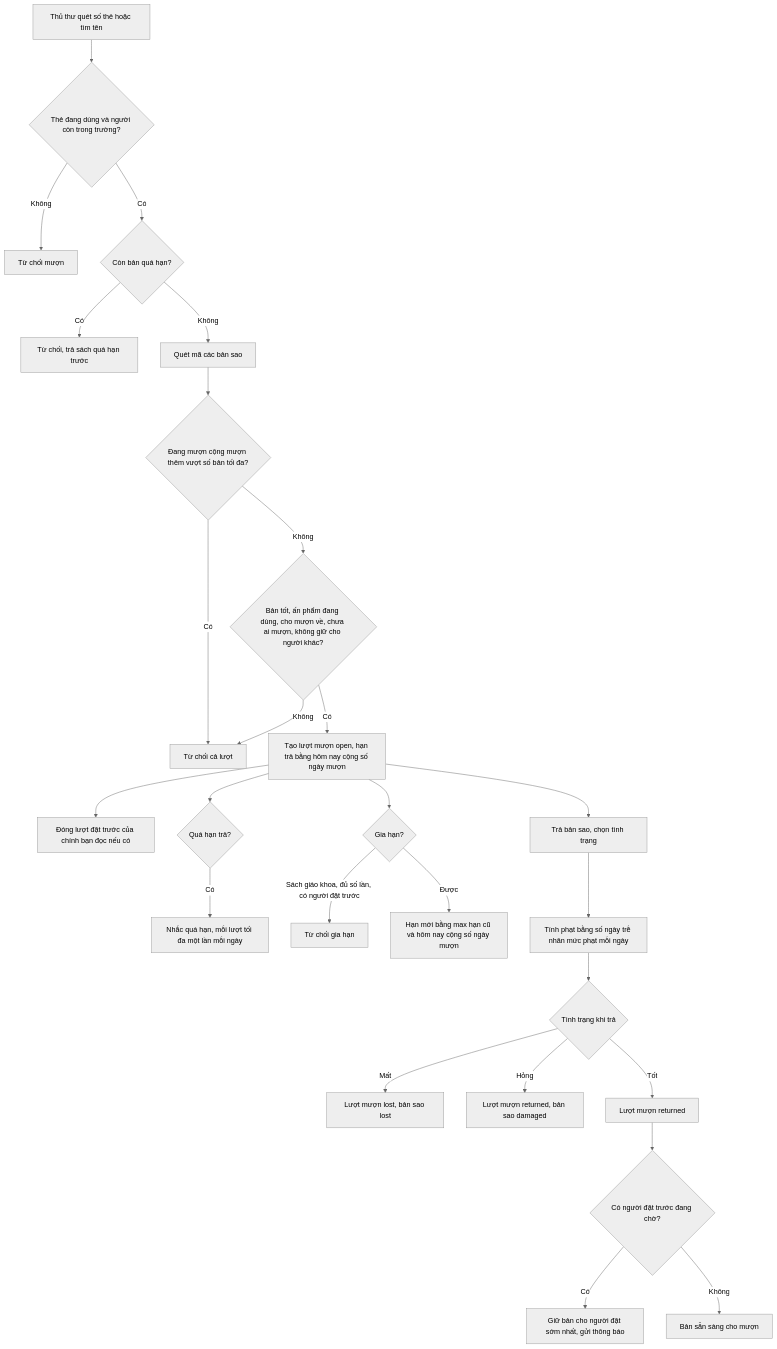
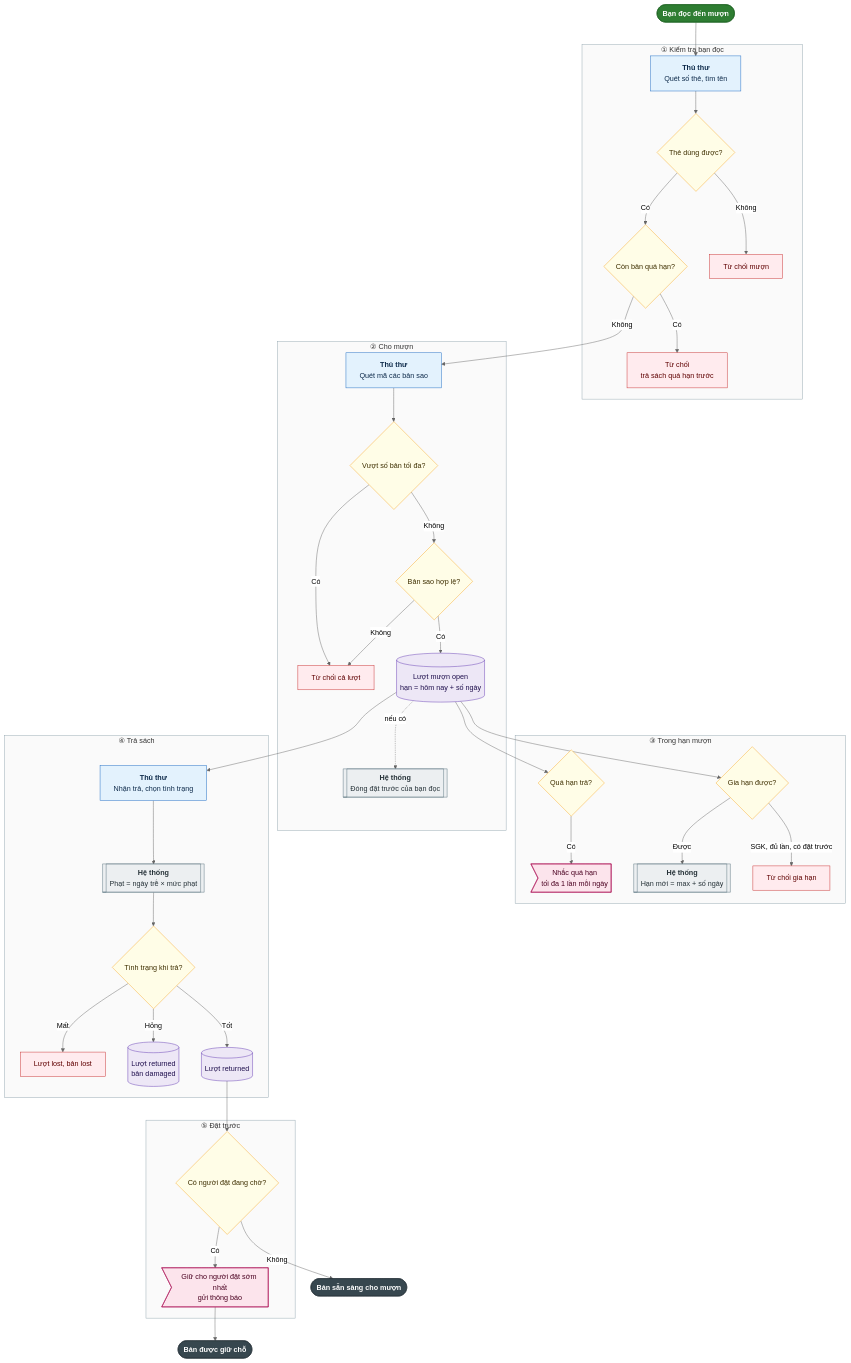
One commit to luckyshopvn/school_management changed the first of 8 diagrams in tai_lieu/34_TONG_HOP_CHUC_NANG_HE_THONG/06_THU_VIEN_HOC_LIEU_VA_UNG_DUNG.md. Above: the diagram before and after it, drawn with Mermaid (neutral theme). The commit also changed other lines of this file and 8 other files, not shown here.

First line of the commit message:
Tài liệu 34: vẽ lại toàn bộ sơ đồ cho trực quan, thêm bản PDF gộp

````diff
--- a/tai_lieu/34_TONG_HOP_CHUC_NANG_HE_THONG/06_THU_VIEN_HOC_LIEU_VA_UNG_DUNG.md
+++ b/tai_lieu/34_TONG_HOP_CHUC_NANG_HE_THONG/06_THU_VIEN_HOC_LIEU_VA_UNG_DUNG.md
@@ -382,28 +384,88 @@
 ```mermaid
 flowchart TD
-    A["Thủ thư quét số thẻ hoặc tìm tên"] --> B{"Thẻ đang dùng và người còn trong trường?"}
-    B -->|"Không"| X1["Từ chối mượn"]
-    B -->|"Có"| C{"Còn bản quá hạn?"}
-    C -->|"Có"| X2["Từ chối, trả sách quá hạn trước"]
-    C -->|"Không"| D["Quét mã các bản sao"]
-    D --> E{"Đang mượn cộng mượn thêm vượt số bản tối đa?"}
-    E -->|"Có"| X3["Từ chối cả lượt"]
-    E -->|"Không"| F{"Bản tốt, ấn phẩm đang dùng, cho mượn về, chưa ai mượn, không giữ cho người khác?"}
-    F -->|"Không"| X3
-    F -->|"Có"| G["Tạo lượt mượn open, hạn trả bằng hôm nay cộng số ngày mượn"]
-    G --> H["Đóng lượt đặt trước của chính bạn đọc nếu có"]
-    G --> I{"Quá hạn trả?"}
-    I -->|"Có"| J["Nhắc quá hạn, mỗi lượt tối đa một lần mỗi ngày"]
-    G --> K{"Gia hạn?"}
-    K -->|"Sách giáo khoa, đủ số lần, có người đặt trước"| X4["Từ chối gia hạn"]
-    K -->|"Được"| L["Hạn mới bằng max hạn cũ và hôm nay cộng số ngày mượn"]
-    G --> M["Trả bản sao, chọn tình trạng"]
-    M --> N["Tính phạt bằng số ngày trễ nhân mức phạt mỗi ngày"]
-    N --> O{"Tình trạng khi trả"}
-    O -->|"Mất"| P["Lượt mượn lost, bản sao lost"]
-    O -->|"Hỏng"| Q["Lượt mượn returned, bản sao damaged"]
-    O -->|"Tốt"| R["Lượt mượn returned"]
-    R --> S{"Có người đặt trước đang chờ?"}
-    S -->|"Có"| T["Giữ bản cho người đặt sớm nhất, gửi thông báo"]
-    S -->|"Không"| U["Bản sẵn sàng cho mượn"]
+  classDef batdau fill:#2e7d32,stroke:#1b5e20,color:#ffffff,font-weight:bold
+  classDef ketthuc fill:#37474f,stroke:#263238,color:#ffffff,font-weight:bold
+  classDef nguoi fill:#e3f2fd,stroke:#1565c0,color:#0d2a4a
+  classDef heth fill:#eceff1,stroke:#546e7a,color:#263238
+  classDef duyet fill:#fff3e0,stroke:#ef6c00,color:#4e2600
+  classDef hoi fill:#fffde7,stroke:#f9a825,color:#3e2f00
+  classDef bao fill:#fce4ec,stroke:#ad1457,color:#4a0020
+  classDef chan fill:#ffebee,stroke:#c62828,color:#5f0000
+  classDef dulieu fill:#ede7f6,stroke:#5e35b1,color:#1f0f4d
+
+  S(["Bạn đọc đến mượn"]):::batdau
+
+  subgraph P1["① Kiểm tra bạn đọc"]
+    A1["<b>Thủ thư</b><br/>Quét số thẻ, tìm tên"]:::nguoi
+    A2{"Thẻ dùng được?"}:::hoi
+    A3{"Còn bản quá hạn?"}:::hoi
+    X1["Từ chối mượn"]:::chan
+    X2["Từ chối<br/>trả sách quá hạn trước"]:::chan
+    A1 --> A2
+    A2 -->|"Không"| X1
+    A2 -->|"Có"| A3
+    A3 -->|"Có"| X2
+  end
+
+  subgraph P2["② Cho mượn"]
+    B1["<b>Thủ thư</b><br/>Quét mã các bản sao"]:::nguoi
+    B2{"Vượt số bản tối đa?"}:::hoi
+    B3{"Bản sao hợp lệ?"}:::hoi
+    X3["Từ chối cả lượt"]:::chan
+    B4[("Lượt mượn open<br/>hạn = hôm nay + số ngày")]:::dulieu
+    B5[["<b>Hệ thống</b><br/>Đóng đặt trước của bạn đọc"]]:::heth
+    B1 --> B2
+    B2 -->|"Có"| X3
+    B2 -->|"Không"| B3
+    B3 -->|"Không"| X3
+    B3 -->|"Có"| B4
+    B4 -.->|"nếu có"| B5
+  end
+
+  subgraph P3["③ Trong hạn mượn"]
+    C1{"Quá hạn trả?"}:::hoi
+    C2>"Nhắc quá hạn<br/>tối đa 1 lần mỗi ngày"]:::bao
+    C3{"Gia hạn được?"}:::hoi
+    C4[["<b>Hệ thống</b><br/>Hạn mới = max + số ngày"]]:::heth
+    X4["Từ chối gia hạn"]:::chan
+    C1 -->|"Có"| C2
+    C3 -->|"Được"| C4
+    C3 -->|"SGK, đủ lần, có đặt trước"| X4
+  end
+
+  subgraph P4["④ Trả sách"]
+    D1["<b>Thủ thư</b><br/>Nhận trả, chọn tình trạng"]:::nguoi
+    D2[["<b>Hệ thống</b><br/>Phạt = ngày trễ × mức phạt"]]:::heth
+    D3{"Tình trạng khi trả?"}:::hoi
+    D4["Lượt lost, bản lost"]:::chan
+    D5[("Lượt returned<br/>bản damaged")]:::dulieu
+    D6[("Lượt returned")]:::dulieu
+    D1 --> D2 --> D3
+    D3 -->|"Mất"| D4
+    D3 -->|"Hỏng"| D5
+    D3 -->|"Tốt"| D6
+  end
+
+  subgraph P5["⑤ Đặt trước"]
+    E1{"Có người đặt đang chờ?"}:::hoi
+    E2>"Giữ cho người đặt sớm nhất<br/>gửi thông báo"]:::bao
+  end
+
+  K1(["Bản sẵn sàng cho mượn"]):::ketthuc
+  K2(["Bản được giữ chỗ"]):::ketthuc
+
+  S --> A1
+  A3 -->|"Không"| B1
+  B4 --> C1
+  B4 --> C3
+  B4 --> D1
+  D6 --> E1
+  E1 -->|"Có"| E2 --> K2
+  E1 -->|"Không"| K1
+
+  style P1 fill:#fafafa,stroke:#90a4ae
+  style P2 fill:#fafafa,stroke:#90a4ae
+  style P3 fill:#fafafa,stroke:#90a4ae
+  style P4 fill:#fafafa,stroke:#90a4ae
+  style P5 fill:#fafafa,stroke:#90a4ae
 ```
````
